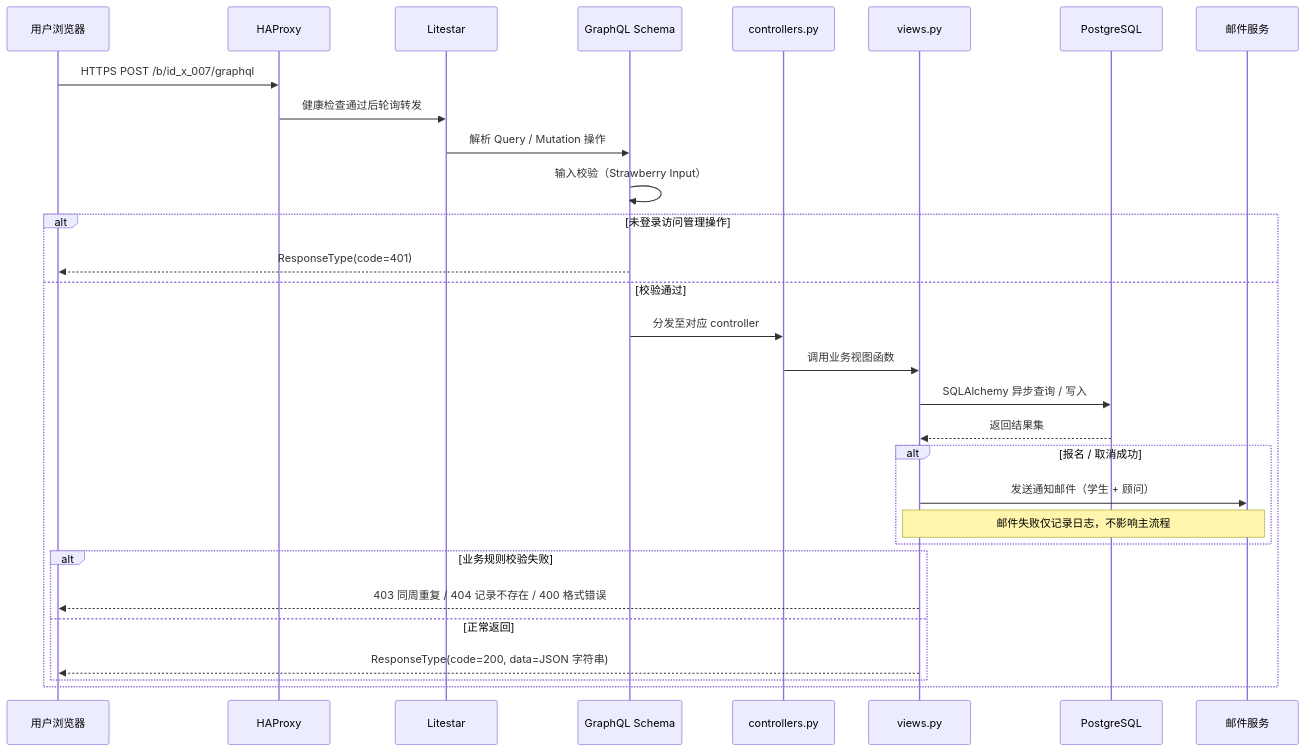
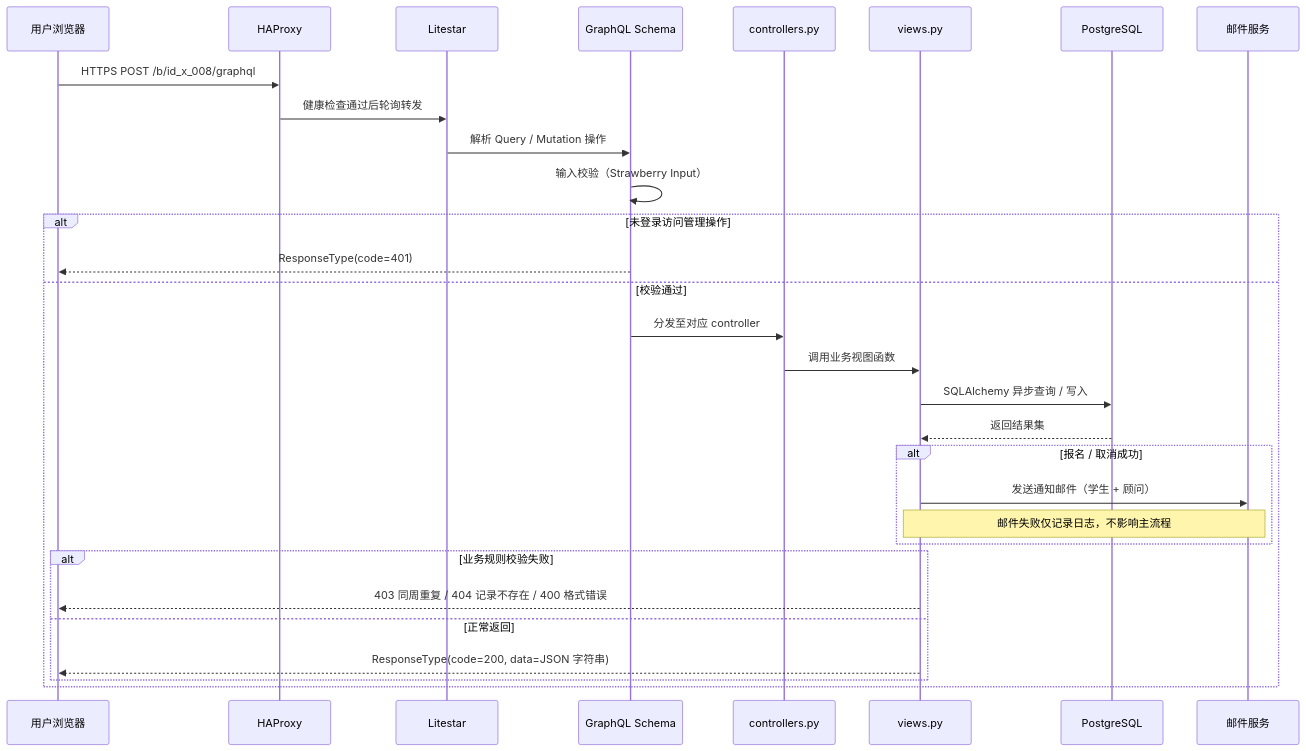
One commit to i-TorchLabs/id_x_008 changed the second of 2 diagrams in README.md. Above: the diagram before and after it, drawn with Mermaid. The commit also changed other lines of this file and 1 other file, not shown here.

````diff
--- a/README.md
+++ b/README.md
@@ -113,33 +113,33 @@
 ```mermaid
 sequenceDiagram
     participant U as 用户浏览器
     participant H as HAProxy
     participant L as Litestar
     participant G as GraphQL Schema
     participant C as controllers.py
     participant V as views.py
     participant D as PostgreSQL
     participant M as 邮件服务
 
-    U->>H: HTTPS POST /b/id_x_007/graphql
+    U->>H: HTTPS POST /b/id_x_008/graphql
     H->>L: 健康检查通过后轮询转发
     L->>G: 解析 Query / Mutation 操作
     G->>G: 输入校验（Strawberry Input）
     alt 未登录访问管理操作
         G-->>U: ResponseType(code=401)
     else 校验通过
         G->>C: 分发至对应 controller
         C->>V: 调用业务视图函数
         V->>D: SQLAlchemy 异步查询 / 写入
         D-->>V: 返回结果集
         alt 报名 / 取消成功
             V->>M: 发送通知邮件（学生 + 顾问）
             Note over V,M: 邮件失败仅记录日志，不影响主流程
         end
         alt 业务规则校验失败
             V-->>U: 403 同周重复 / 404 记录不存在 / 400 格式错误
         else 正常返回
             V-->>U: ResponseType(code=200, data=JSON 字符串)
         end
     end
 ```
````
